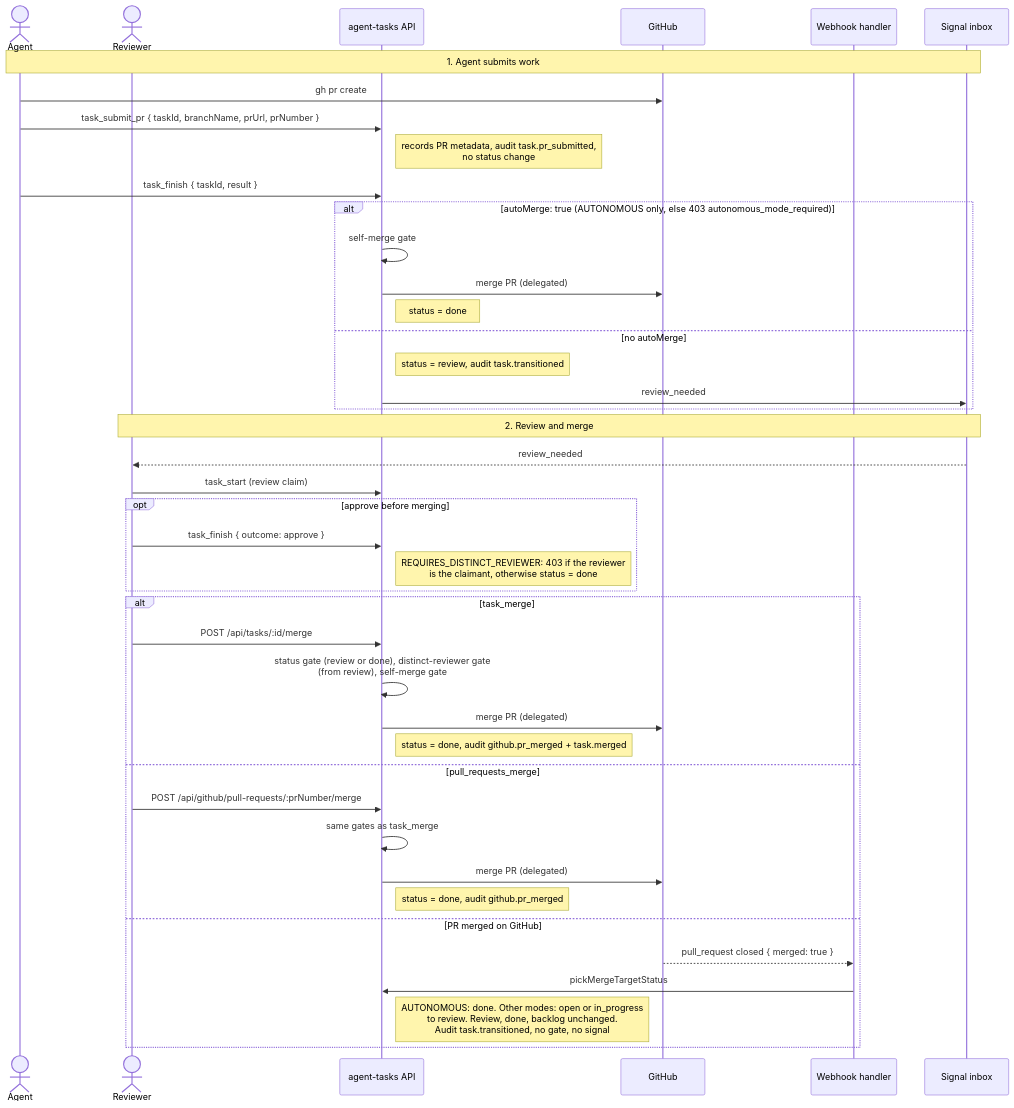
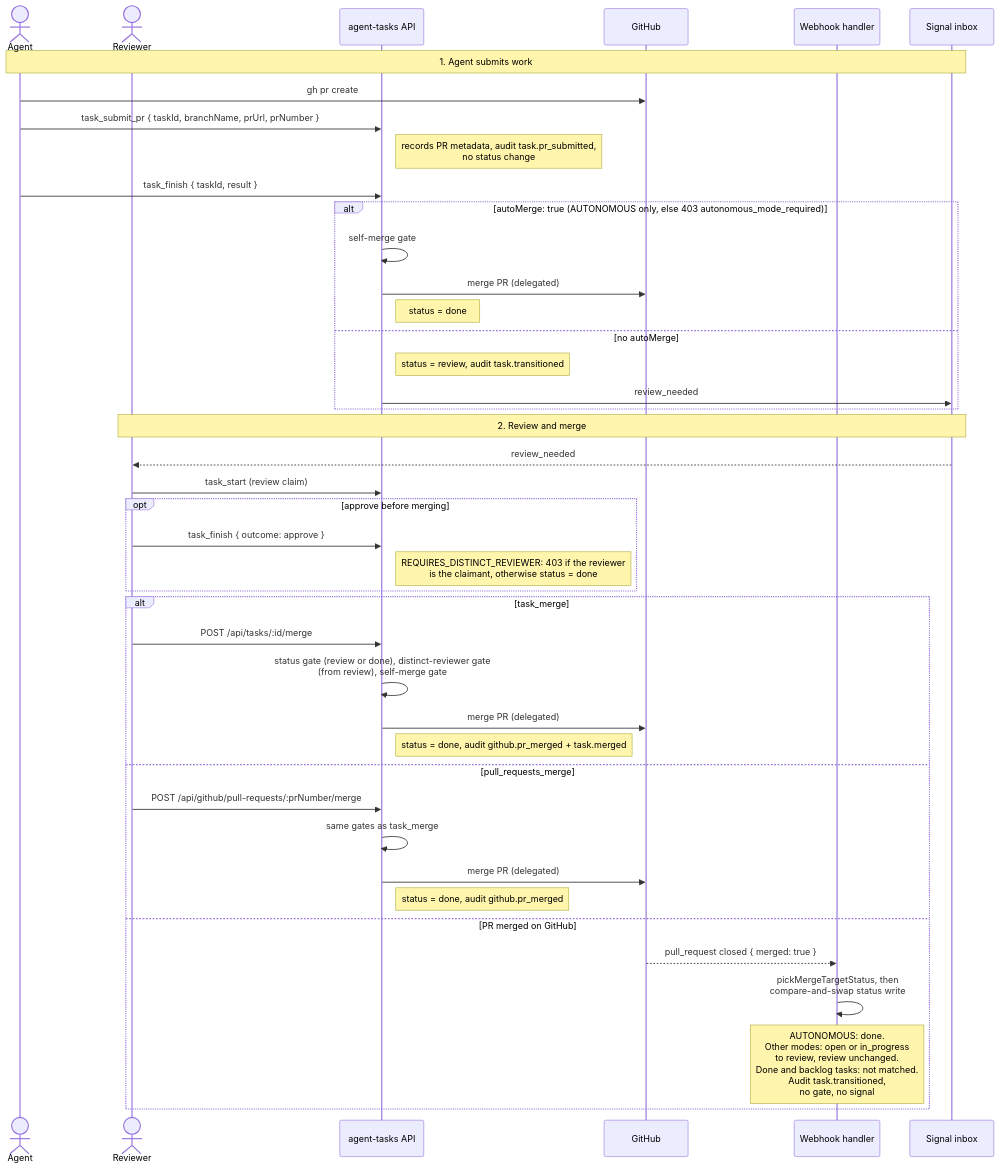
Before and after one commit to LanNguyenSi/agent-tasks: the diagram in docs/diagrams/sequence-review-deploy.mmd, drawn with Mermaid. The commit also changed 20 other files, not shown here.

```diff
--- a/docs/diagrams/sequence-review-deploy.mmd
+++ b/docs/diagrams/sequence-review-deploy.mmd
@@ -1,44 +1,44 @@
 sequenceDiagram
     actor Agent
     actor Reviewer
     participant API as agent-tasks API
     participant GH as GitHub
     participant Hook as Webhook handler
     participant Inbox as Signal inbox
 
     Note over Agent,Inbox: 1. Agent submits work
     Agent->>GH: gh pr create
     Agent->>API: task_submit_pr { taskId, branchName, prUrl, prNumber }
     Note right of API: records PR metadata, audit task.pr_submitted,<br/>no status change
     Agent->>API: task_finish { taskId, result }
     alt autoMerge: true (AUTONOMOUS only, else 403 autonomous_mode_required)
         API->>API: self-merge gate
         API->>GH: merge PR (delegated)
         Note right of API: status = done
     else no autoMerge
         Note right of API: status = review, audit task.transitioned
         API->>Inbox: review_needed
     end
 
     Note over Reviewer,Inbox: 2. Review and merge
     Inbox-->>Reviewer: review_needed
     Reviewer->>API: task_start (review claim)
     opt approve before merging
         Reviewer->>API: task_finish { outcome: approve }
         Note right of API: REQUIRES_DISTINCT_REVIEWER: 403 if the reviewer<br/>is the claimant, otherwise status = done
     end
     alt task_merge
         Reviewer->>API: POST /api/tasks/:id/merge
         API->>API: status gate (review or done), distinct-reviewer gate<br/>(from review), self-merge gate
         API->>GH: merge PR (delegated)
         Note right of API: status = done, audit github.pr_merged + task.merged
     else pull_requests_merge
         Reviewer->>API: POST /api/github/pull-requests/:prNumber/merge
         API->>API: same gates as task_merge
         API->>GH: merge PR (delegated)
         Note right of API: status = done, audit github.pr_merged
     else PR merged on GitHub
         GH-->>Hook: pull_request closed { merged: true }
-        Hook->>API: pickMergeTargetStatus
-        Note right of API: AUTONOMOUS: done. Other modes: open or in_progress<br/>to review. Review, done, backlog unchanged.<br/>Audit task.transitioned, no gate, no signal
+        Hook->>Hook: pickMergeTargetStatus, then<br/>compare-and-swap status write
+        Note over Hook: AUTONOMOUS: done.<br/>Other modes: open or in_progress<br/>to review, review unchanged.<br/>Done and backlog tasks: not matched.<br/>Audit task.transitioned,<br/>no gate, no signal
     end
```
